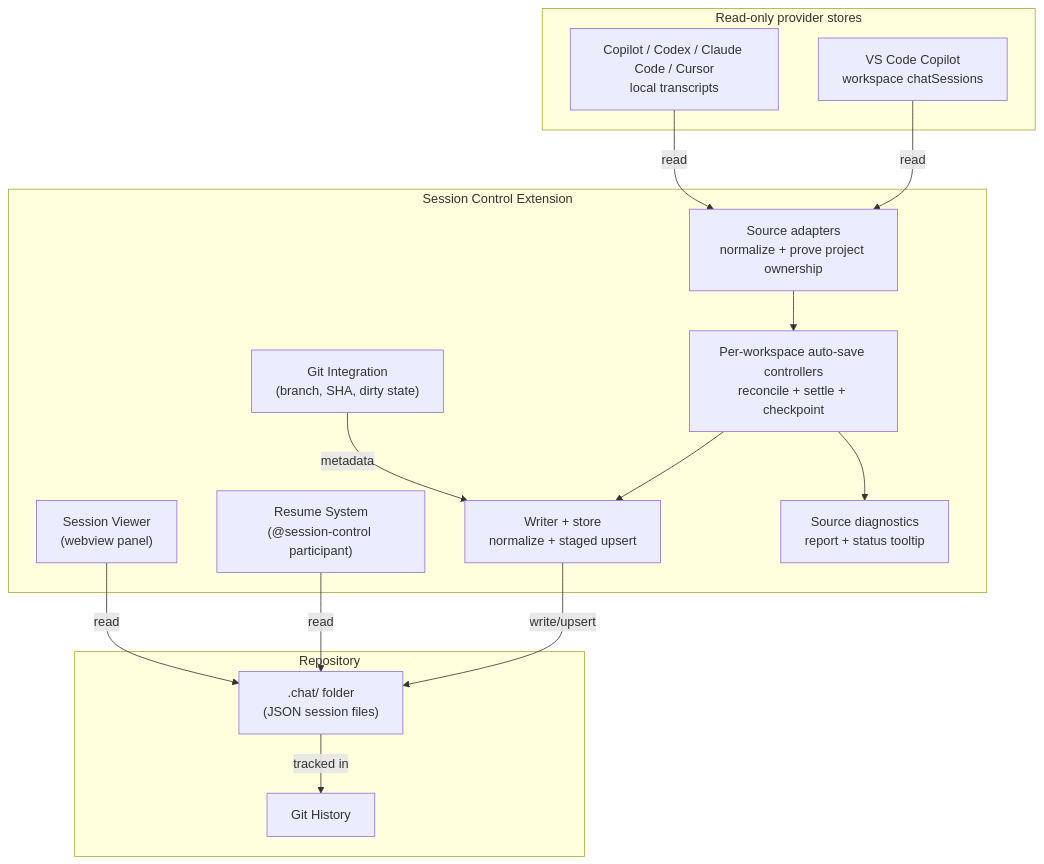
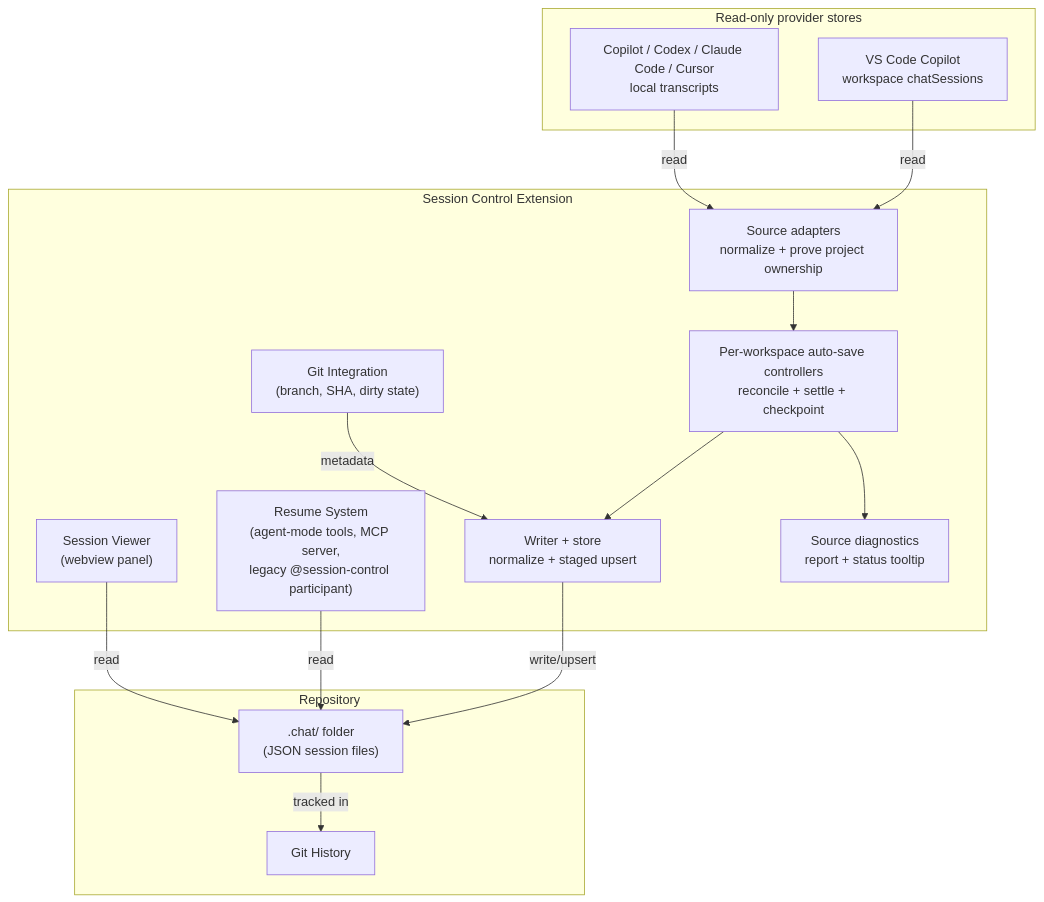
The diagram in wiki/architecture.md (Tempuskg/session-control), drawn with Mermaid before and after one commit. The commit also changed other lines of this file and 27 other files, not shown here.

First line of the commit message:
feat: add language-model tools and an MCP server; mark @session-control legacy

````diff
--- a/wiki/architecture.md
+++ b/wiki/architecture.md
@@ -25,33 +25,33 @@
 ```mermaid
 graph TB
     subgraph "Read-only provider stores"
         CopilotStorage["VS Code Copilot<br/>workspace chatSessions"]
         CliStores["Copilot / Codex / Claude Code / Cursor<br/>local transcripts"]
     end
 
     subgraph "Session Control Extension"
         Adapters["Source adapters<br/>normalize + prove project ownership"]
         Controllers["Per-workspace auto-save controllers<br/>reconcile + settle + checkpoint"]
         SaveSystem["Writer + store<br/>normalize + staged upsert"]
-        ResumeSystem["Resume System<br/>(@session-control participant)"]
+        ResumeSystem["Resume System<br/>(agent-mode tools, MCP server,<br/>legacy @session-control participant)"]
         SessionViewer["Session Viewer<br/>(webview panel)"]
         GitIntegration["Git Integration<br/>(branch, SHA, dirty state)"]
         Diagnostics["Source diagnostics<br/>report + status tooltip"]
     end
 
     subgraph "Repository"
         ChatFolder[".chat/ folder<br/>(JSON session files)"]
         GitRepo["Git History"]
     end
 
     CopilotStorage -->|read| Adapters
     CliStores -->|read| Adapters
     Adapters --> Controllers
     Controllers --> SaveSystem
     GitIntegration -->|metadata| SaveSystem
     Controllers --> Diagnostics
     SaveSystem -->|write/upsert| ChatFolder
     ChatFolder -->|tracked in| GitRepo
     ResumeSystem -->|read| ChatFolder
     SessionViewer -->|read| ChatFolder
 ```
````
